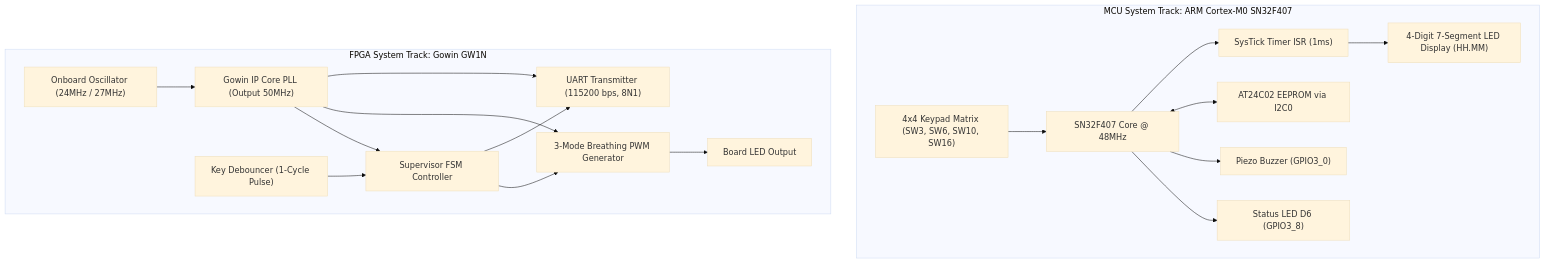
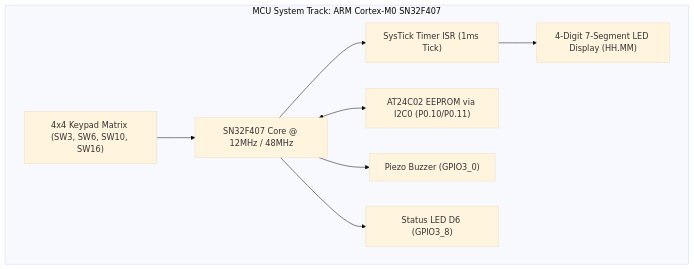
One commit to zok213/porygon changed the seventh of 12 diagrams in README.md. Above: the diagram before and after it, drawn with Mermaid (base theme). The commit also changed other lines of this file and 14 other files, not shown here.

````diff
--- a/README.md
+++ b/README.md
@@ -108,38 +406,19 @@
 ```mermaid
 graph TD
     subgraph MCU_System ["MCU System Track: ARM Cortex-M0 SN32F407"]
-        MCU_Core["SN32F407 Core @ 48MHz"]
-        SysTick["SysTick Timer ISR (1ms)"]
+        MCU_Core["SN32F407 Core @ 12MHz / 48MHz"]
+        SysTick["SysTick Timer ISR (1ms Tick)"]
         KeyMatrix["4x4 Keypad Matrix (SW3, SW6, SW10, SW16)"]
         Display7Seg["4-Digit 7-Segment LED Display (HH.MM)"]
-        EEPROM_I2C["AT24C02 EEPROM via I2C0"]
+        EEPROM_I2C["AT24C02 EEPROM via I2C0 (P0.10/P0.11)"]
         Buzzer["Piezo Buzzer (GPIO3_0)"]
         LED_D6["Status LED D6 (GPIO3_8)"]
 
         MCU_Core --> SysTick
         SysTick --> Display7Seg
         KeyMatrix --> MCU_Core
         MCU_Core <--> EEPROM_I2C
         MCU_Core --> Buzzer
         MCU_Core --> LED_D6
     end
-
-    subgraph FPGA_System ["FPGA System Track: Gowin GW1N"]
-        FPGA_Clock["Onboard Oscillator (24MHz / 27MHz)"]
-        PLL_Module["Gowin IP Core PLL (Output 50MHz)"]
-        Debounce_Mod["Key Debouncer (1-Cycle Pulse)"]
-        FSM_Control["Supervisor FSM Controller"]
-        PWM_Mod["3-Mode Breathing PWM Generator"]
-        UART_TX["UART Transmitter (115200 bps, 8N1)"]
-        LED_Output["Board LED Output"]
-
-        FPGA_Clock --> PLL_Module
-        PLL_Module --> FSM_Control
-        PLL_Module --> PWM_Mod
-        PLL_Module --> UART_TX
-        Debounce_Mod --> FSM_Control
-        FSM_Control --> PWM_Mod
-        FSM_Control --> UART_TX
-        PWM_Mod --> LED_Output
-    end
 ```
````
